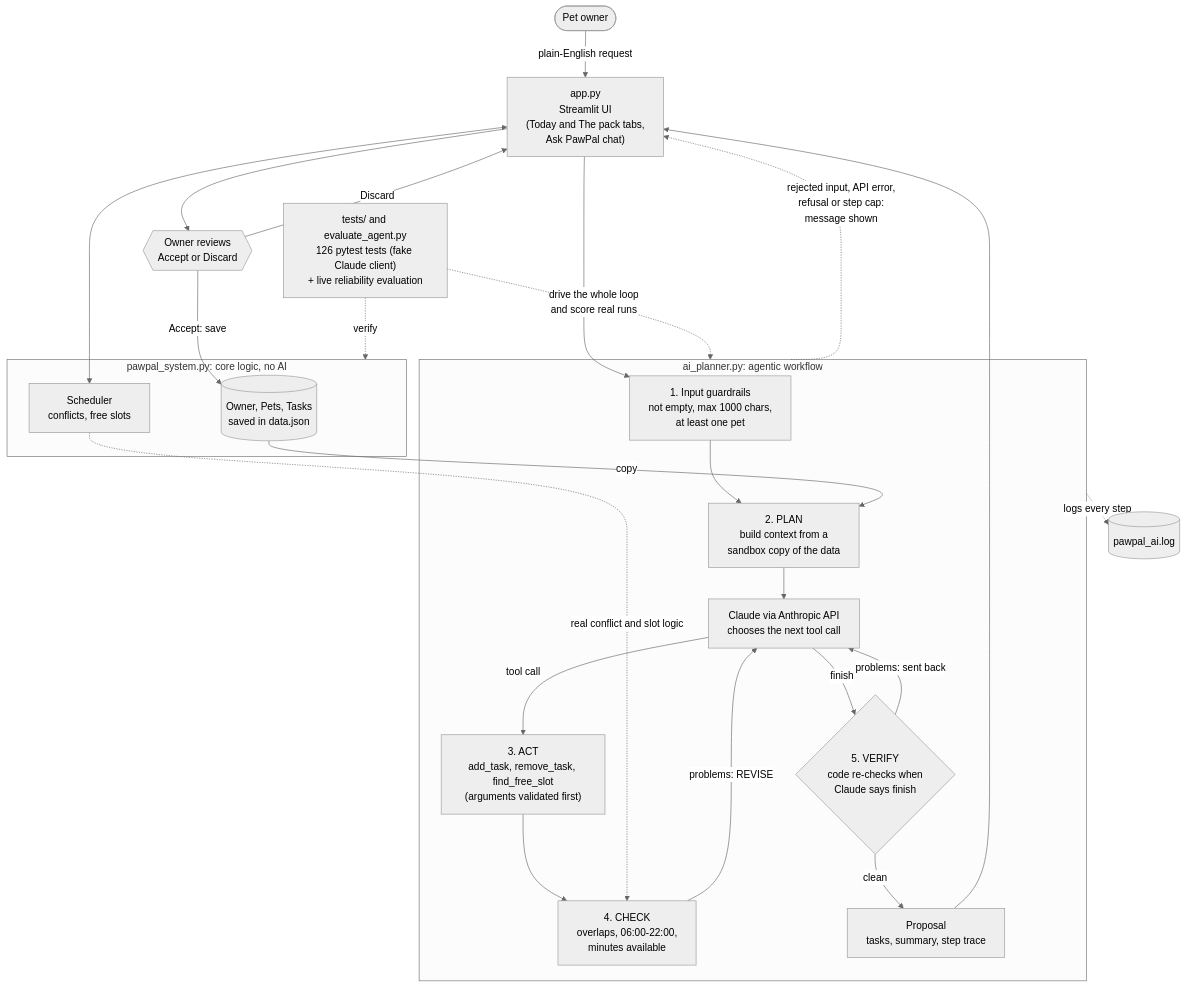
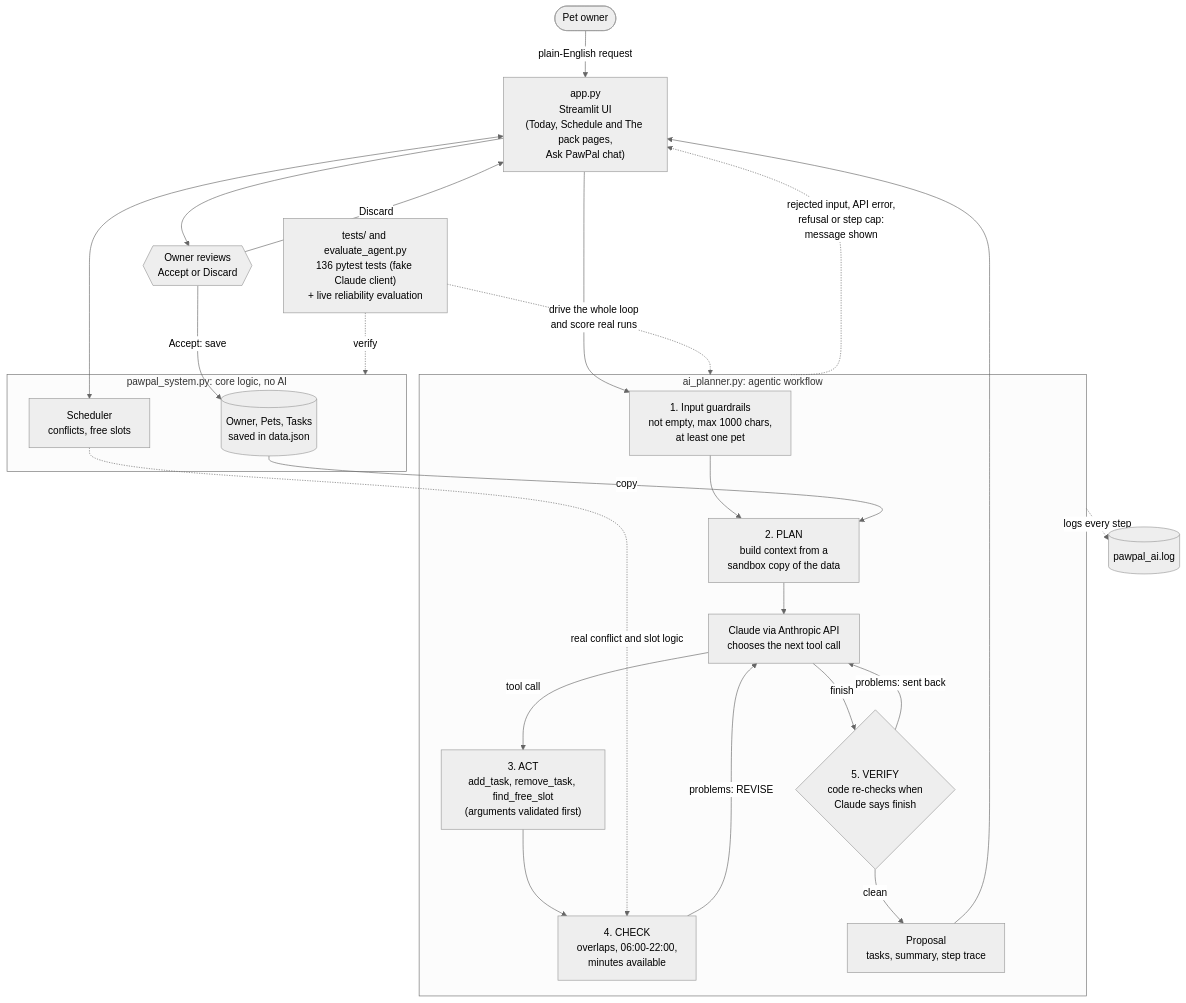
The diagram in README.md (bior-m16/applied-ai-system-project), drawn with Mermaid (neutral theme) before and after one commit. The commit also changed other lines of this file and 5 other files, not shown here.

````diff
--- a/README.md
+++ b/README.md
@@ -17,55 +17,55 @@
 ```mermaid
 ﻿flowchart TD
     %% PawPal+ architecture with the AI planning agent.
     %% Solid arrows = data flow. Dotted arrows = checking, logging and testing.
     %% The hexagon is the human decision point.
 
     User([Pet owner])
-    App["app.py<br/>Streamlit UI<br/>(Today and The pack tabs,<br/>Ask PawPal chat)"]
+    App["app.py<br/>Streamlit UI<br/>(Today, Schedule and The pack pages,<br/>Ask PawPal chat)"]
 
     subgraph Core["pawpal_system.py: core logic, no AI"]
         Owner[("Owner, Pets, Tasks<br/>saved in data.json")]
         Scheduler["Scheduler<br/>conflicts, free slots"]
     end
 
     subgraph Agent["ai_planner.py: agentic workflow"]
         Input["1. Input guardrails<br/>not empty, max 1000 chars,<br/>at least one pet"]
         Context["2. PLAN<br/>build context from a<br/>sandbox copy of the data"]
         Claude["Claude via Anthropic API<br/>chooses the next tool call"]
         Tools["3. ACT<br/>add_task, remove_task, find_free_slot<br/>(arguments validated first)"]
         Check["4. CHECK<br/>overlaps, 06:00-22:00,<br/>minutes available"]
         Verify{"5. VERIFY<br/>code re-checks when<br/>Claude says finish"}
         Proposal["Proposal<br/>tasks, summary, step trace"]
     end
 
     Human{{"Owner reviews<br/>Accept or Discard"}}
     Log[("pawpal_ai.log")]
-    Tests["tests/ and evaluate_agent.py<br/>126 pytest tests (fake Claude client)<br/>+ live reliability evaluation"]
+    Tests["tests/ and evaluate_agent.py<br/>136 pytest tests (fake Claude client)<br/>+ live reliability evaluation"]
 
     %% Input -> process -> output
     User -->|"plain-English request"| App
     App --> Input
     Input --> Context
     Owner -->|"copy"| Context
     Context --> Claude
     Claude -->|"tool call"| Tools
     Tools --> Check
     Check -->|"problems: REVISE"| Claude
     Claude -->|"finish"| Verify
     Verify -->|"problems: sent back"| Claude
     Verify -->|"clean"| Proposal
     Proposal --> App
     App --> Human
     Human -->|"Accept: save"| Owner
     Human -->|"Discard"| App
 
     %% Normal app use and error paths
     App <--> Scheduler
     Scheduler -.->|"real conflict and slot logic"| Check
     Agent -.->|"rejected input, API error,<br/>refusal or step cap:<br/>message shown"| App
 
     %% Logging and testing
     Agent -.->|"logs every step"| Log
     Tests -.->|"verify"| Core
     Tests -.->|"drive the whole loop<br/>and score real runs"| Agent
 ```
````
